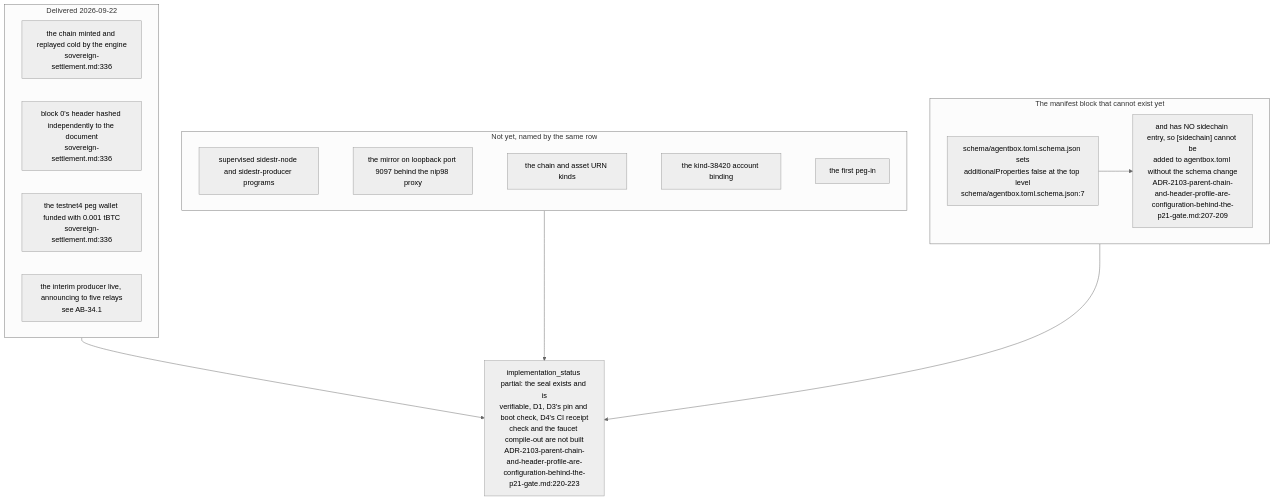
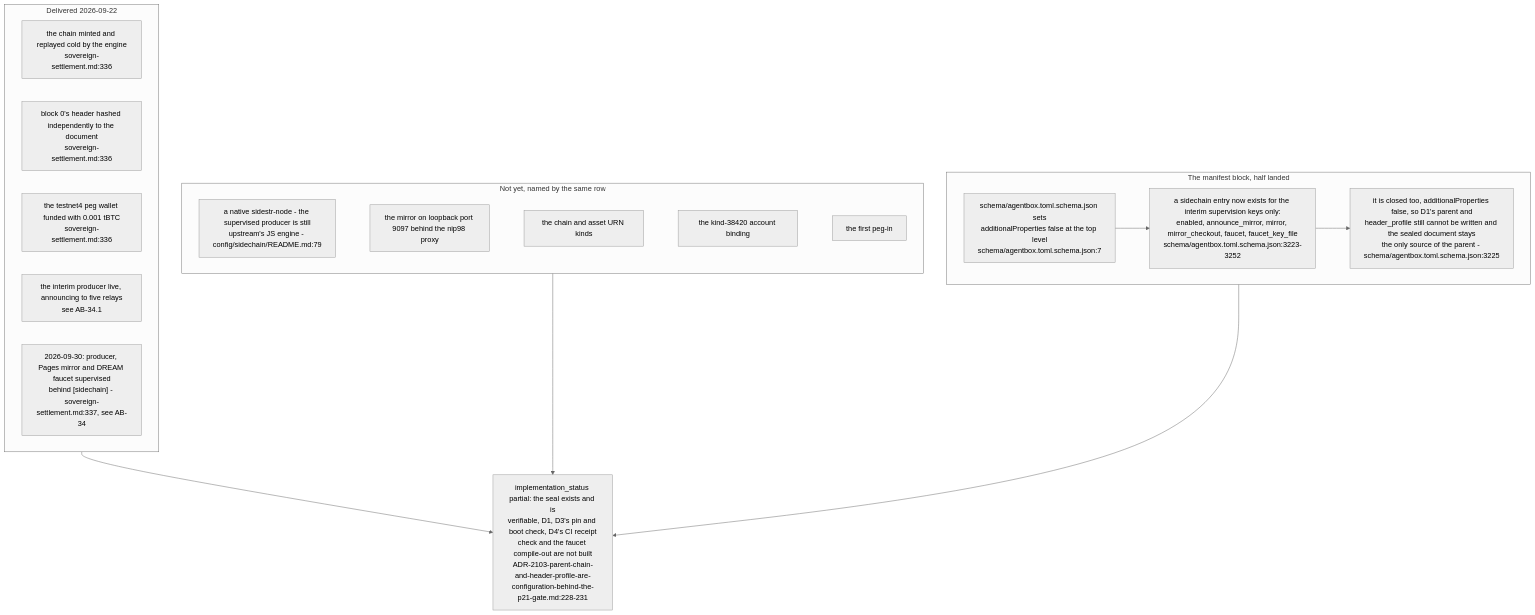
The fifth of 5 diagrams in docs/diagrams/agentbox/32-sidechain-root-seal.md (DreamLab-AI/VisionFlow), drawn with Mermaid (neutral theme) before and after one commit. The commit also changed other lines of this file and 94 other files, not shown here.

First line of the commit message:
docs(diagrams): re-verify 130 topics against 2 October HEADs

````diff
--- a/docs/diagrams/agentbox/32-sidechain-root-seal.md
+++ b/docs/diagrams/agentbox/32-sidechain-root-seal.md
@@ -165,25 +165,27 @@
 ```mermaid
 flowchart TB
     subgraph done["Delivered 2026-09-22"]
         D1["the chain minted and replayed cold by the engine<br/>sovereign-settlement.md:336"]
         D2["block 0's header hashed independently to the document<br/>sovereign-settlement.md:336"]
         D3["the testnet4 peg wallet funded with 0.001 tBTC<br/>sovereign-settlement.md:336"]
         D4["the interim producer live, announcing to five relays<br/>see AB-34.1"]
+        D5["2026-09-30: producer, Pages mirror and DREAM faucet supervised<br/>behind [sidechain] - sovereign-settlement.md:337, see AB-34"]
     end
     subgraph missing["Not yet, named by the same row"]
-        M1["supervised sidestr-node and sidestr-producer programs"]
+        M1["a native sidestr-node - the supervised producer is still<br/>upstream's JS engine - config/sidechain/README.md:79"]
         M2["the mirror on loopback port 9097 behind the nip98 proxy"]
         M3["the chain and asset URN kinds"]
         M4["the kind-38420 account binding"]
         M5["the first peg-in"]
         M1 ~~~ M2 ~~~ M3 ~~~ M4 ~~~ M5
     end
-    subgraph gate["The manifest block that cannot exist yet"]
+    subgraph gate["The manifest block, half landed"]
         G1["schema/agentbox.toml.schema.json sets<br/>additionalProperties false at the top level<br/>schema/agentbox.toml.schema.json:7"]
-        G2["and has NO sidechain entry, so [sidechain] cannot be<br/>added to agentbox.toml without the schema change<br/>ADR-2103-parent-chain-and-header-profile-are-configuration-behind-the-p21-gate.md:207-209"]
-        G1 --> G2
+        G2["a sidechain entry now exists for the interim supervision keys only:<br/>enabled, announce_mirror, mirror, mirror_checkout, faucet, faucet_key_file<br/>schema/agentbox.toml.schema.json:3223-3252"]
+        G3["it is closed too, additionalProperties false, so D1's parent and<br/>header_profile still cannot be written and the sealed document stays<br/>the only source of the parent - schema/agentbox.toml.schema.json:3225"]
+        G1 --> G2 --> G3
     end
-    done --> STATUS["implementation_status partial: the seal exists and is<br/>verifiable, D1, D3's pin and boot check, D4's CI receipt<br/>check and the faucet compile-out are not built<br/>ADR-2103-parent-chain-and-header-profile-are-configuration-behind-the-p21-gate.md:220-223"]
+    done --> STATUS["implementation_status partial: the seal exists and is<br/>verifiable, D1, D3's pin and boot check, D4's CI receipt<br/>check and the faucet compile-out are not built<br/>ADR-2103-parent-chain-and-header-profile-are-configuration-behind-the-p21-gate.md:228-231"]
     missing --> STATUS
     gate --> STATUS
 ```
````
